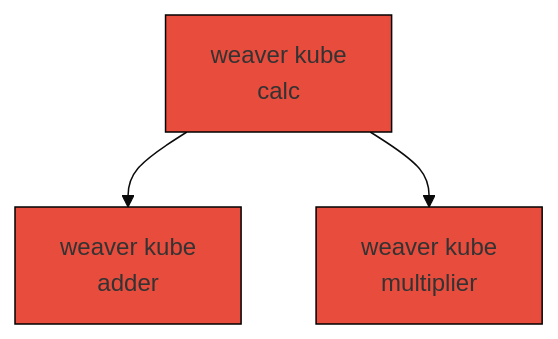
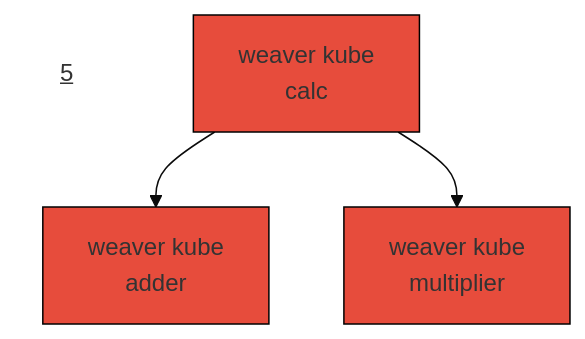
Before and after one commit to mwhittaker/calculator: the sixth of 6 diagrams in README.md, drawn with Mermaid (base theme). The commit also changed other lines of this file and 8 other files, not shown here.

````diff
--- a/README.md
+++ b/README.md
@@ -33,8 +51,10 @@
 ```mermaid
 flowchart TD
+    title[<u>5</u>]
+    style title fill:#FFF,stroke:#FFF
     calc[weaver kube\ncalc] --> adder[weaver kube\nadder]
     calc --> multiplier[weaver kube\nmultiplier]
     style calc fill:#e74c3c,stroke:black
     style adder fill:#e74c3c,stroke:black
     style multiplier fill:#e74c3c,stroke:black
 ```
````
